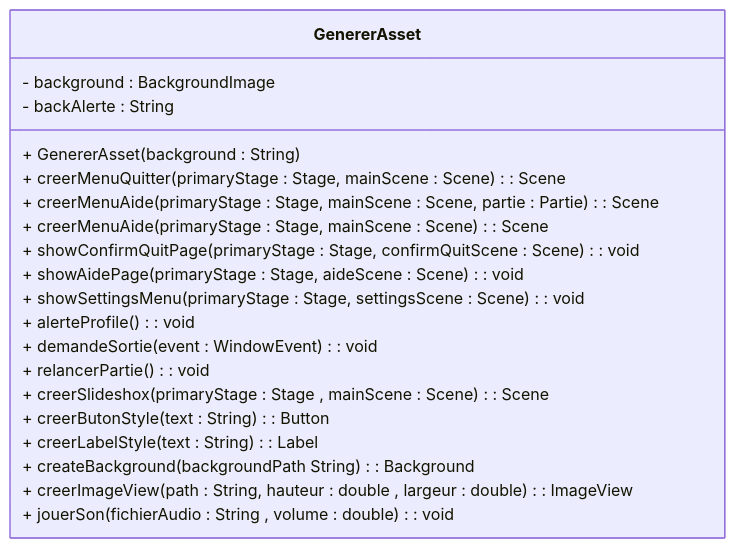
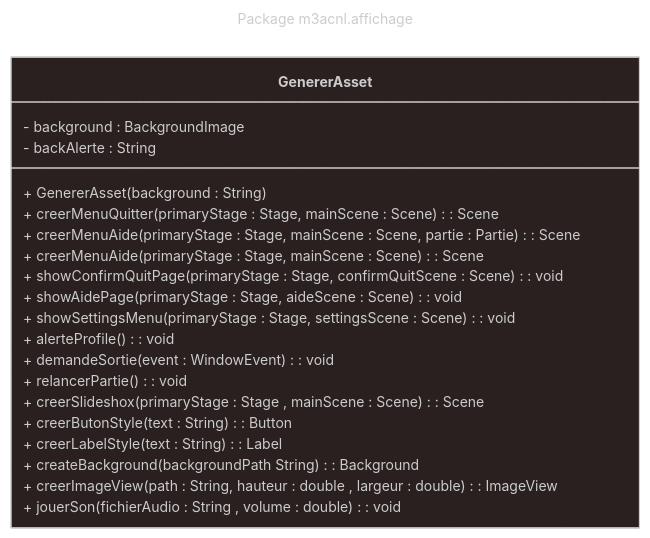
Before and after one commit to Gr4-M3ACNL/documents: the diagram in DiagrammeClasse/affichage.mmd, drawn with Mermaid. The commit also changed other lines of this file and 9 other files, not shown here.

Commit message:
docs: diagrame

```diff
--- a/DiagrammeClasse/affichage.mmd
+++ b/DiagrammeClasse/affichage.mmd
@@ -1,22 +1,28 @@
-    classDiagram
+---
+config:
+  theme: neo-dark
+title: Package m3acnl.affichage
+---
+
+classDiagram
 direction TB
     class GenererAsset {
 	    - background : BackgroundImage
         - backAlerte : String
 	    + GenererAsset(background : String)
         + creerMenuQuitter(primaryStage : Stage, mainScene : Scene) : Scene
         + creerMenuAide(primaryStage : Stage, mainScene : Scene, partie : Partie) : Scene
         + creerMenuAide(primaryStage : Stage, mainScene : Scene) : Scene
         + showConfirmQuitPage(primaryStage : Stage, confirmQuitScene : Scene) : void
         + showAidePage(primaryStage : Stage, aideScene : Scene) : void
         + showSettingsMenu(primaryStage : Stage, settingsScene : Scene) : void
         + alerteProfile() : void
         + demandeSortie(event : WindowEvent) : void
         + relancerPartie() : void
         + creerSlideshox(primaryStage : Stage , mainScene : Scene) : Scene
         + creerButonStyle(text : String) : Button
         + creerLabelStyle(text : String) : Label
         + createBackground(backgroundPath String) : Background
         + creerImageView(path : String, hauteur : double , largeur : double) : ImageView
         + jouerSon(fichierAudio : String , volume : double) : void
     }
```
